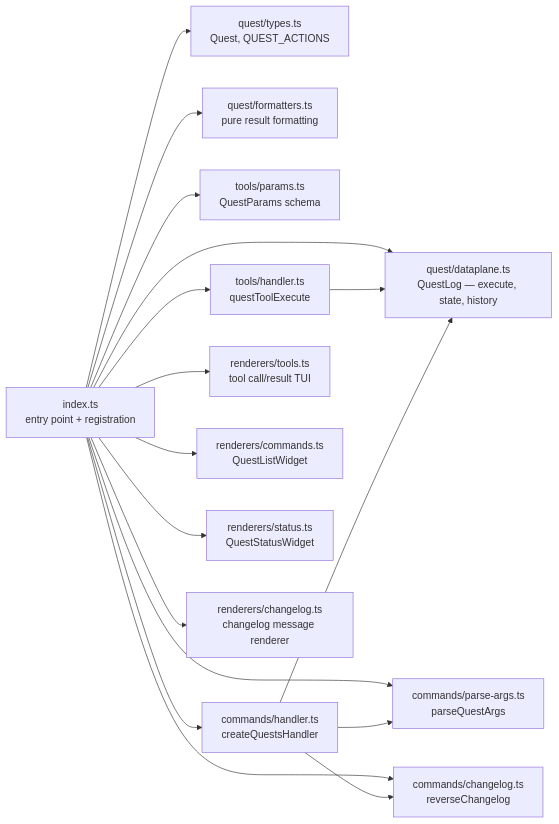
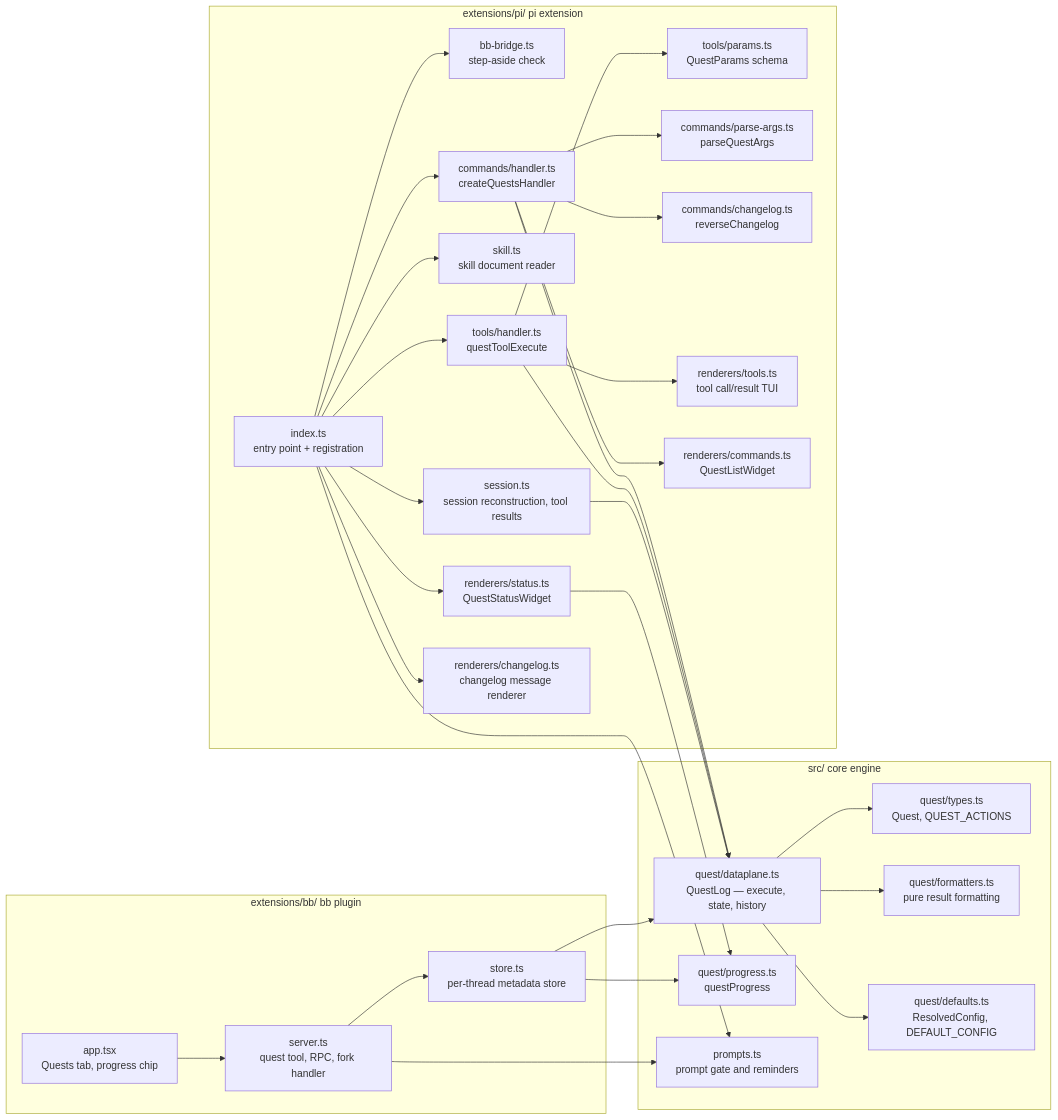
One commit to kalindudc/quests changed the first of 4 diagrams in docs/architecture.md. Above: the diagram before and after it, drawn with Mermaid. The commit also changed other lines of this file and 104 other files, not shown here.

````diff
--- a/docs/architecture.md
+++ b/docs/architecture.md
@@ -13,25 +26,59 @@
 ```mermaid
 graph LR
-    index[index.ts<br/>entry point + registration]
+    subgraph core_src[src/ core engine]
+        dataplane[quest/dataplane.ts<br/>QuestLog — execute, state, history]
+        quest_types[quest/types.ts<br/>Quest, QUEST_ACTIONS]
+        quest_fmt[quest/formatters.ts<br/>pure result formatting]
+        defaults[quest/defaults.ts<br/>ResolvedConfig, DEFAULT_CONFIG]
+        progress[quest/progress.ts<br/>questProgress]
+        prompts[prompts.ts<br/>prompt gate and reminders]
+    end
 
-    index --> dataplane[quest/dataplane.ts<br/>QuestLog — execute, state, history]
-    index --> quest_types[quest/types.ts<br/>Quest, QUEST_ACTIONS]
-    index --> quest_fmt[quest/formatters.ts<br/>pure result formatting]
+    subgraph pi_ext[extensions/pi/ pi extension]
+        index[index.ts<br/>entry point + registration]
+        bb_bridge[bb-bridge.ts<br/>step-aside check]
+        session[session.ts<br/>session reconstruction, tool results]
+        skill[skill.ts<br/>skill document reader]
+        tool_handler[tools/handler.ts<br/>questToolExecute]
+        tool_params[tools/params.ts<br/>QuestParams schema]
+        cmd_handler[commands/handler.ts<br/>createQuestsHandler]
+        cmd_parse[commands/parse-args.ts<br/>parseQuestArgs]
+        cmd_changelog[commands/changelog.ts<br/>reverseChangelog]
+        render_tools[renderers/tools.ts<br/>tool call/result TUI]
+        render_cmds[renderers/commands.ts<br/>QuestListWidget]
+        render_status[renderers/status.ts<br/>QuestStatusWidget]
+        render_changelog[renderers/changelog.ts<br/>changelog message renderer]
+    end
 
-    index --> tool_params[tools/params.ts<br/>QuestParams schema]
-    index --> tool_handler[tools/handler.ts<br/>questToolExecute]
+    subgraph bb_ext[extensions/bb/ bb plugin]
+        server[server.ts<br/>quest tool, RPC, fork handler]
+        store[store.ts<br/>per-thread metadata store]
+        app[app.tsx<br/>Quests tab, progress chip]
+    end
 
-    index --> cmd_parse[commands/parse-args.ts<br/>parseQuestArgs]
-    index --> cmd_changelog[commands/changelog.ts<br/>reverseChangelog]
-    index --> cmd_handler[commands/handler.ts<br/>createQuestsHandler]
-
-    index --> render_tools[renderers/tools.ts<br/>tool call/result TUI]
-    index --> render_cmds[renderers/commands.ts<br/>QuestListWidget]
-    index --> render_status[renderers/status.ts<br/>QuestStatusWidget]
-    index --> render_changelog[renderers/changelog.ts<br/>changelog message renderer]
-
+    index --> bb_bridge
+    index --> session
+    index --> skill
+    index --> tool_handler
+    index --> cmd_handler
+    index --> render_status
+    index --> render_changelog
+    tool_handler --> tool_params
+    tool_handler --> render_tools
+    cmd_handler --> cmd_parse
+    cmd_handler --> cmd_changelog
+    cmd_handler --> render_cmds
+    index --> prompts
+    session --> dataplane
     tool_handler --> dataplane
     cmd_handler --> dataplane
-    cmd_handler --> cmd_parse
-    cmd_handler --> cmd_changelog
+    server --> store
+    server --> prompts
+    store --> dataplane
+    store --> progress
+    render_status --> progress
+    app --> server
+    dataplane --> quest_fmt
+    dataplane --> quest_types
+    dataplane --> defaults
 ```
````
